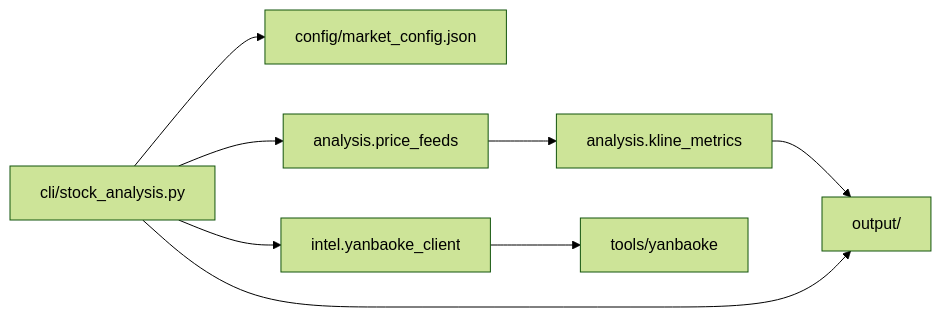
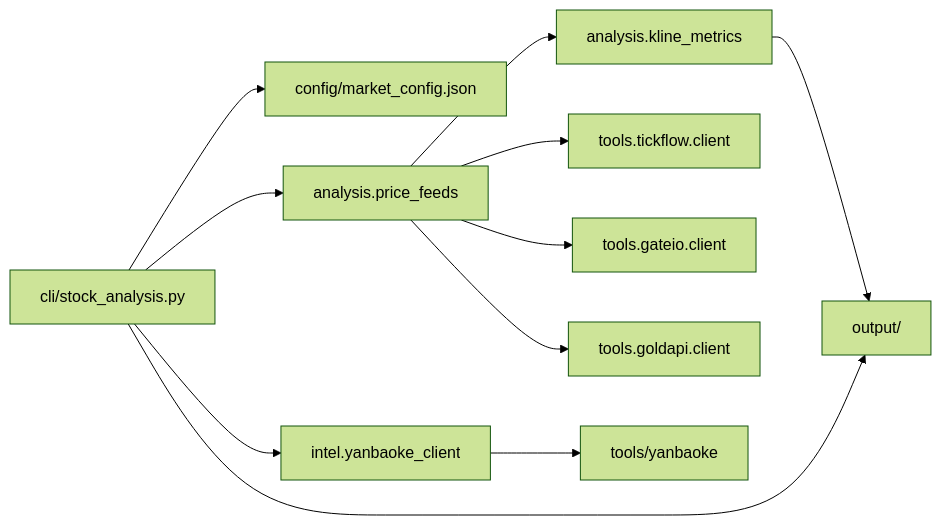
Before and after one commit to 7Gosts/Stock_Analysis: the diagram in README.md, drawn with Mermaid (forest theme). The commit also changed other lines of this file and 17 other files, not shown here.

````diff
--- a/README.md
+++ b/README.md
@@ -52,17 +54,23 @@
 ```mermaid
 flowchart LR
   CLI[cli/stock_analysis.py]
   CFG[config/market_config.json]
   DP[analysis.price_feeds]
   AE[analysis.kline_metrics]
+  TF[tools.tickflow.client]
+  GI[tools.gateio.client]
+  GA[tools.goldapi.client]
   YB[intel.yanbaoke_client]
   NODE[tools/yanbaoke]
   OUT[output/]
   CLI --> CFG
   CLI --> DP
+  DP --> TF
+  DP --> GI
+  DP --> GA
   DP --> AE
   CLI --> YB
   YB --> NODE
   AE --> OUT
   CLI --> OUT
 ```
````
